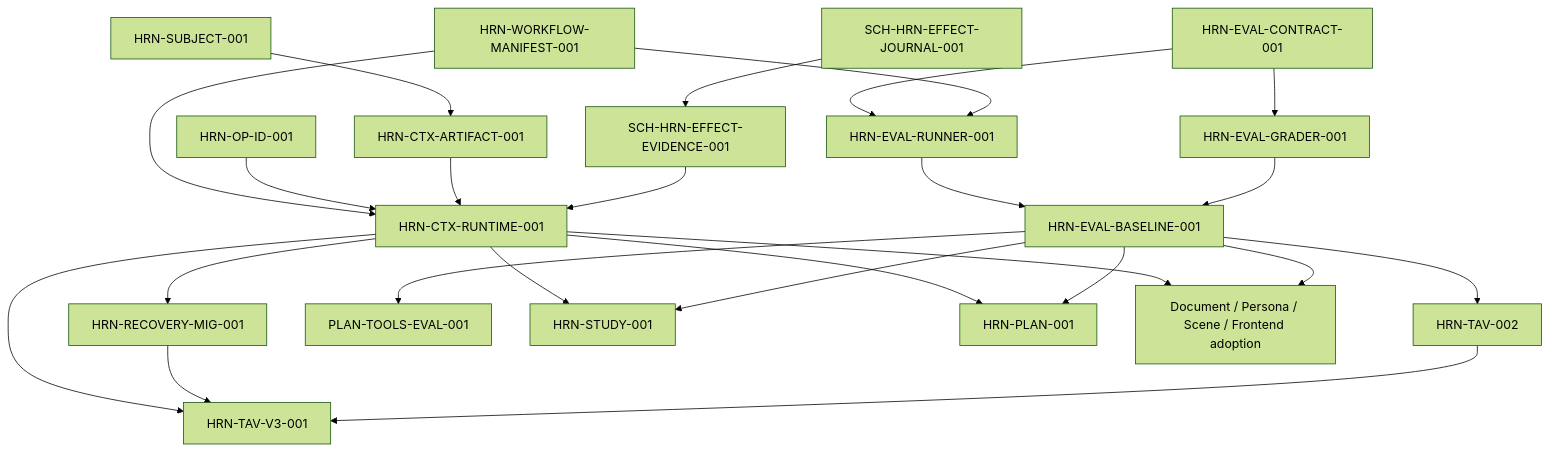
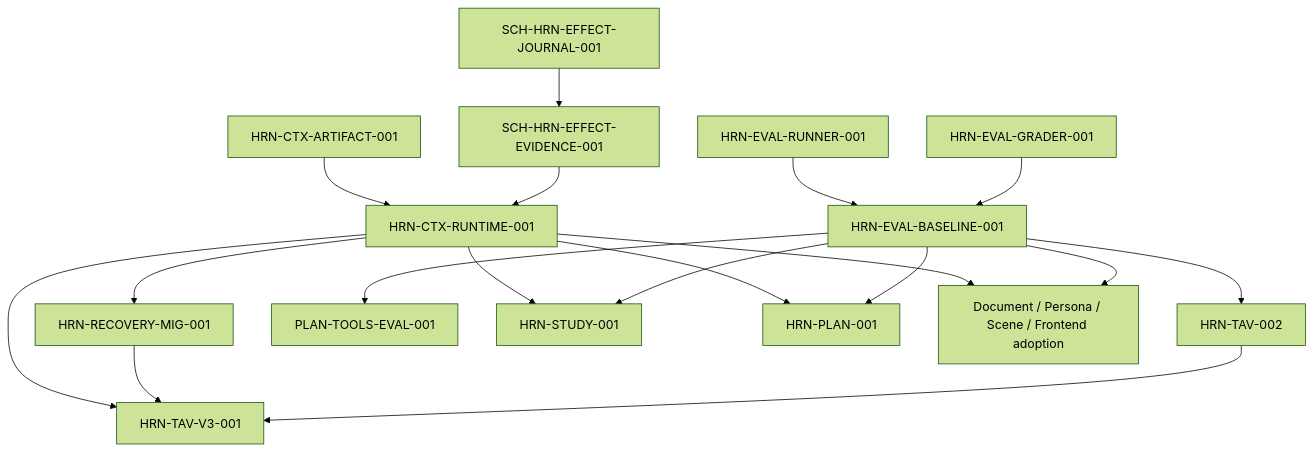
The diagram in docs/harness-roadmap.md (FrightenedFoxCN/vibe-learner), drawn with Mermaid (forest theme) before and after one commit. The commit also changed other lines of this file and 67 other files, not shown here.

````diff
--- a/docs/harness-roadmap.md
+++ b/docs/harness-roadmap.md
@@ -69,29 +81,23 @@
 ```mermaid
 flowchart TD
-    WM[HRN-WORKFLOW-MANIFEST-001] --> RT[HRN-CTX-RUNTIME-001]
-    OP[HRN-OP-ID-001] --> RT
-    SUB[HRN-SUBJECT-001] --> ART[HRN-CTX-ARTIFACT-001]
-    ART --> RT
+    ART[HRN-CTX-ARTIFACT-001] --> RT[HRN-CTX-RUNTIME-001]
     EJ[SCH-HRN-EFFECT-JOURNAL-001] --> EE[SCH-HRN-EFFECT-EVIDENCE-001]
     EE --> RT
 
-    EC[HRN-EVAL-CONTRACT-001] --> ER[HRN-EVAL-RUNNER-001]
-    WM --> ER
-    EC --> EG[HRN-EVAL-GRADER-001]
-    ER --> EB[HRN-EVAL-BASELINE-001]
-    EG --> EB
+    ER[HRN-EVAL-RUNNER-001] --> EB[HRN-EVAL-BASELINE-001]
+    EG[HRN-EVAL-GRADER-001] --> EB
 
     RT --> RM[HRN-RECOVERY-MIG-001]
     EB --> TAV_EVAL[HRN-TAV-002]
     EB --> PLAN_TOOL[PLAN-TOOLS-EVAL-001]
 
     RT --> TAV3[HRN-TAV-V3-001]
     RM --> TAV3
     TAV_EVAL --> TAV3
     RT --> STUDY[HRN-STUDY-001]
     EB --> STUDY
     RT --> PLAN[HRN-PLAN-001]
     EB --> PLAN
     RT --> OTHER[Document / Persona / Scene / Frontend adoption]
     EB --> OTHER
 ```
````
